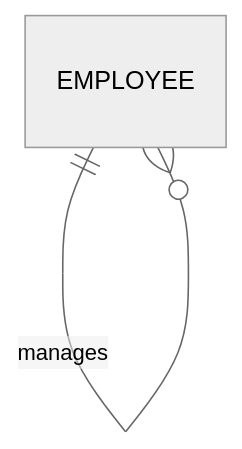
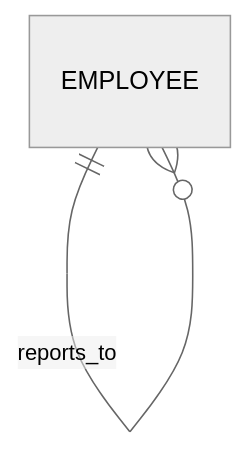
Before and after one commit to kamallearner123/software-engineering-placement-kit: the fourth of 6 diagrams in 05_RDBMS/RDBMS_Ultimate_Mastery_Guide.md, drawn with Mermaid (neutral theme). The commit also changed other lines of this file, not shown here.

Commit message:
adding ER diagras

````diff
--- a/05_RDBMS/RDBMS_Ultimate_Mastery_Guide.md
+++ b/05_RDBMS/RDBMS_Ultimate_Mastery_Guide.md
@@ -119,4 +127,4 @@
 ```mermaid
 erDiagram
-    EMPLOYEE ||--o{ EMPLOYEE : "manages"
+    EMPLOYEE ||--o{ EMPLOYEE : "reports_to"
 ```
````
